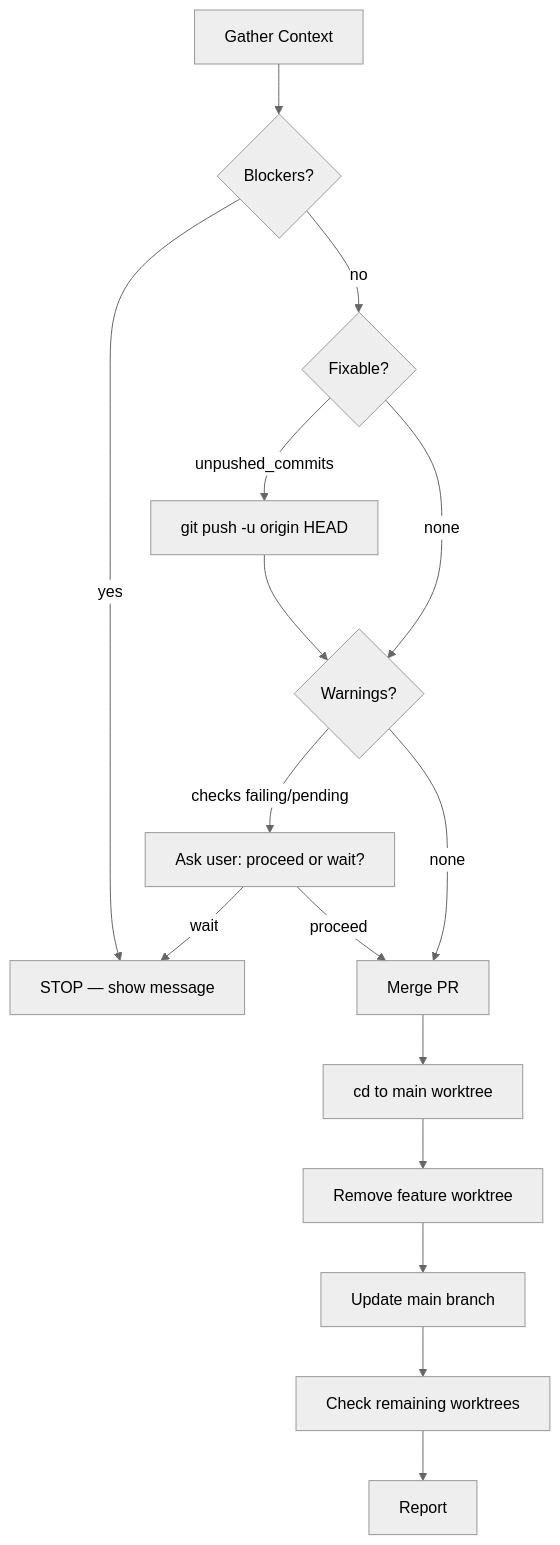
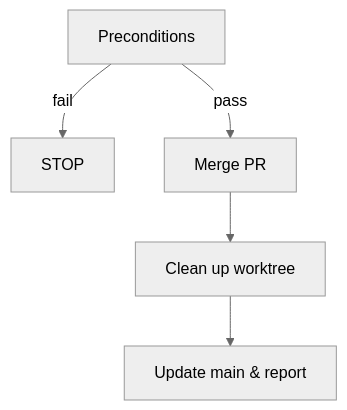
The diagram in skills/merge-worktree/SKILL.md (salimhamed/claude-code-flow), drawn with Mermaid (neutral theme) before and after one commit. The commit also changed other lines of this file, not shown here.

First line of the commit message:
Simplify merge-worktree with dynamic context injection

````diff
--- a/skills/merge-worktree/SKILL.md
+++ b/skills/merge-worktree/SKILL.md
@@ -27,18 +30,7 @@
 ```mermaid
 flowchart TD
-    A[Gather Context] --> B{Blockers?}
-    B -- yes --> STOP[STOP — show message]
-    B -- no --> C{Fixable?}
-    C -- unpushed_commits --> FIX[git push -u origin HEAD]
-    FIX --> D
-    C -- none --> D{Warnings?}
-    D -- checks failing/pending --> ASK[Ask user: proceed or wait?]
-    ASK -- wait --> STOP
-    ASK -- proceed --> E
-    D -- none --> E[Merge PR]
-    E --> F[cd to main worktree]
-    F --> G[Remove feature worktree]
-    G --> H[Update main branch]
-    H --> I[Check remaining worktrees]
-    I --> J[Report]
+    A[Preconditions] -- fail --> STOP
+    A -- pass --> B[Merge PR]
+    B --> C[Clean up worktree]
+    C --> D[Update main & report]
 ```
````
